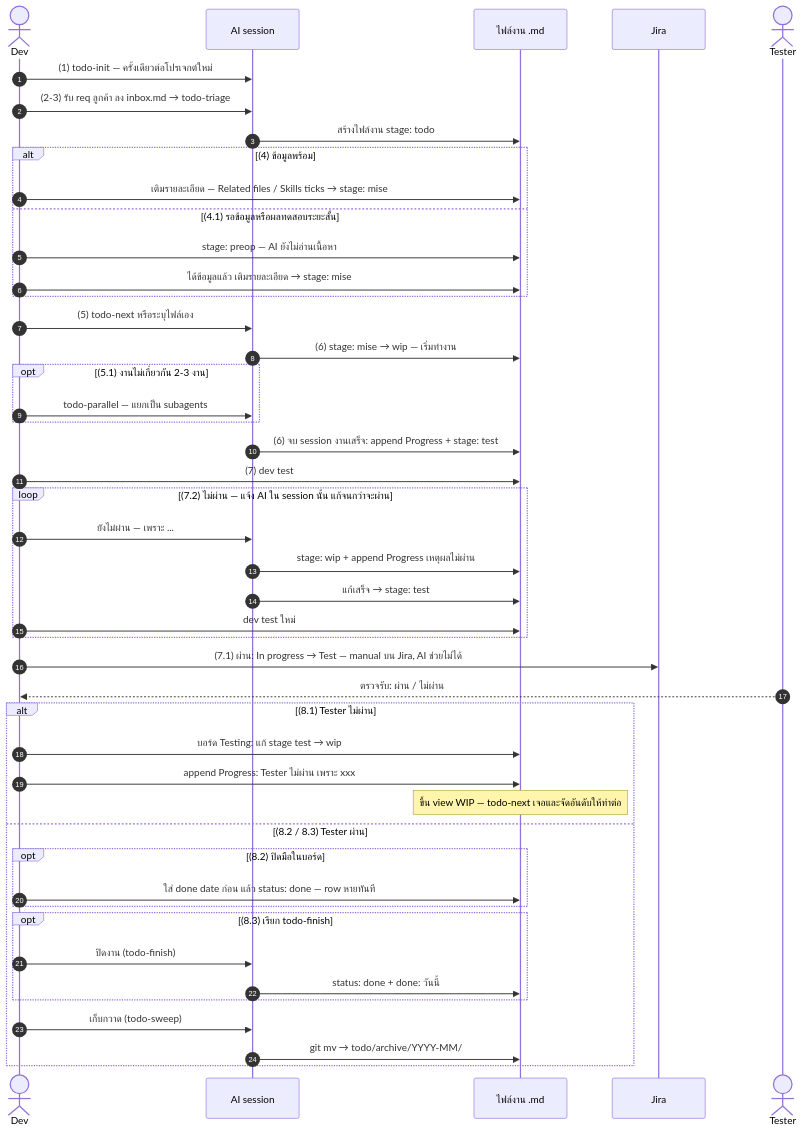
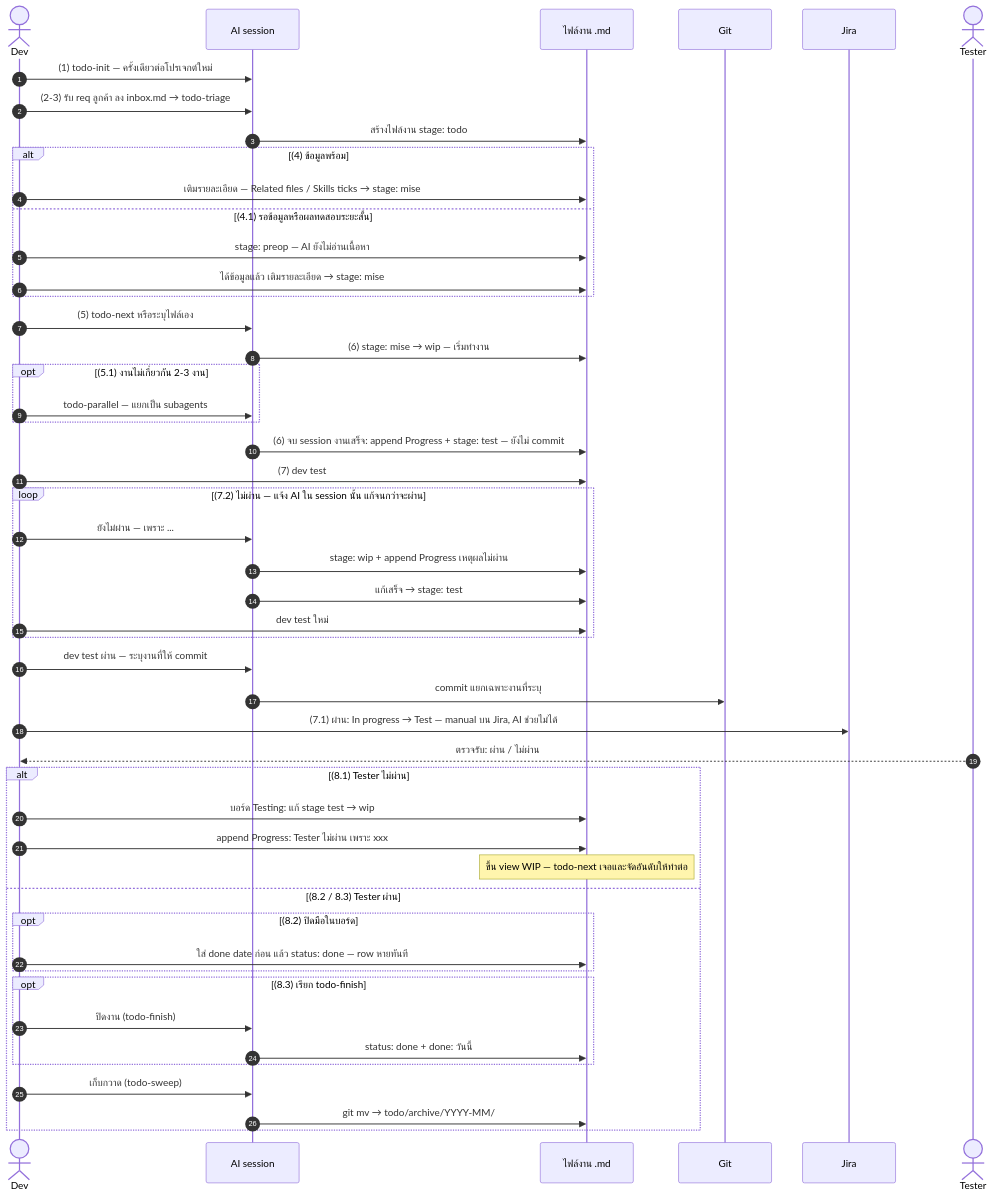
Before and after one commit to T5ive/t5ive-skills: the diagram in assets/todo-scenario-th.mmd, drawn with Mermaid. The commit also changed 5 other files, not shown here.

```diff
--- a/assets/todo-scenario-th.mmd
+++ b/assets/todo-scenario-th.mmd
@@ -1,47 +1,50 @@
 sequenceDiagram
     autonumber
     actor Dev
     participant AI as AI session
     participant F as ไฟล์งาน .md
+    participant G as Git
     participant J as Jira
     actor T as Tester
 
     Dev->>AI: (1) todo-init — ครั้งเดียวต่อโปรเจกต์ใหม่
     Dev->>AI: (2-3) รับ req ลูกค้า ลง inbox.md → todo-triage
     AI->>F: สร้างไฟล์งาน stage: todo
     alt (4) ข้อมูลพร้อม
         Dev->>F: เติมรายละเอียด — Related files / Skills ticks → stage: mise
     else (4.1) รอข้อมูลหรือผลทดสอบระยะสั้น
         Dev->>F: stage: preop — AI ยังไม่อ่านเนื้อหา
         Dev->>F: ได้ข้อมูลแล้ว เติมรายละเอียด → stage: mise
     end
     Dev->>AI: (5) todo-next หรือระบุไฟล์เอง
     AI->>F: (6) stage: mise → wip — เริ่มทำงาน
     opt (5.1) งานไม่เกี่ยวกัน 2-3 งาน
         Dev->>AI: todo-parallel — แยกเป็น subagents
     end
-    AI->>F: (6) จบ session งานเสร็จ: append Progress + stage: test
+    AI->>F: (6) จบ session งานเสร็จ: append Progress + stage: test — ยังไม่ commit
     Dev->>F: (7) dev test
     loop (7.2) ไม่ผ่าน — แจ้ง AI ใน session นั้น แก้จนกว่าจะผ่าน
         Dev->>AI: ยังไม่ผ่าน — เพราะ ...
         AI->>F: stage: wip + append Progress เหตุผลไม่ผ่าน
         AI->>F: แก้เสร็จ → stage: test
         Dev->>F: dev test ใหม่
     end
+    Dev->>AI: dev test ผ่าน — ระบุงานที่ให้ commit
+    AI->>G: commit แยกเฉพาะงานที่ระบุ
     Dev->>J: (7.1) ผ่าน: In progress → Test — manual บน Jira, AI ช่วยไม่ได้
     T-->>Dev: ตรวจรับ: ผ่าน / ไม่ผ่าน
     alt (8.1) Tester ไม่ผ่าน
         Dev->>F: บอร์ด Testing: แก้ stage test → wip
         Dev->>F: append Progress: Tester ไม่ผ่าน เพราะ xxx
         Note over F: ขึ้น view WIP — todo-next เจอและจัดอันดับให้ทำต่อ
     else (8.2 / 8.3) Tester ผ่าน
         opt (8.2) ปิดมือในบอร์ด
             Dev->>F: ใส่ done date ก่อน แล้ว status: done — row หายทันที
         end
         opt (8.3) เรียก todo-finish
             Dev->>AI: ปิดงาน (todo-finish)
             AI->>F: status: done + done: วันนี้
         end
         Dev->>AI: เก็บกวาด (todo-sweep)
         AI->>F: git mv → todo/archive/YYYY-MM/
     end
```
